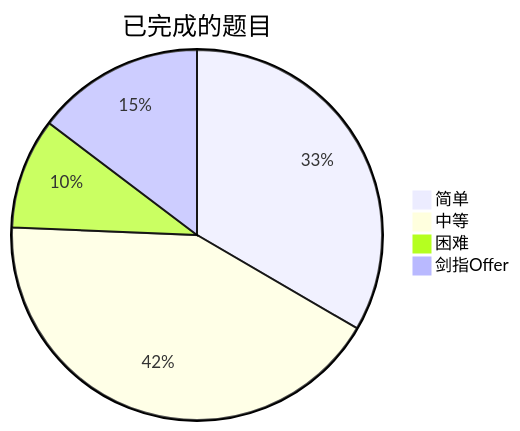
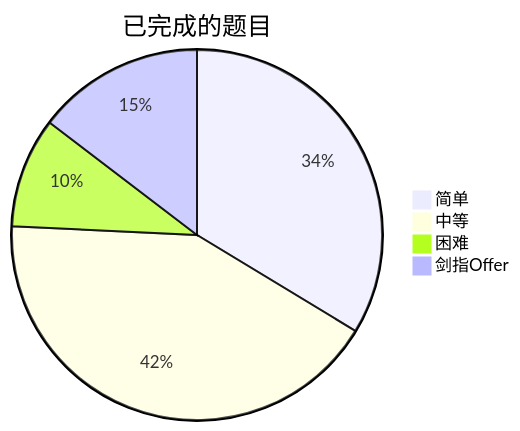
Before and after one commit to kaisa911/LeetCode: the diagram in README.md, drawn with Mermaid. The commit also changed other lines of this file and 5 other files, not shown here.

````diff
--- a/README.md
+++ b/README.md
@@ -9,7 +9,7 @@
 ```mermaid
 pie title 已完成的题目
-    "简单" : 166
+    "简单" : 168
     "中等" : 210
     "困难" : 48
     "剑指Offer" : 73
 ```
````
